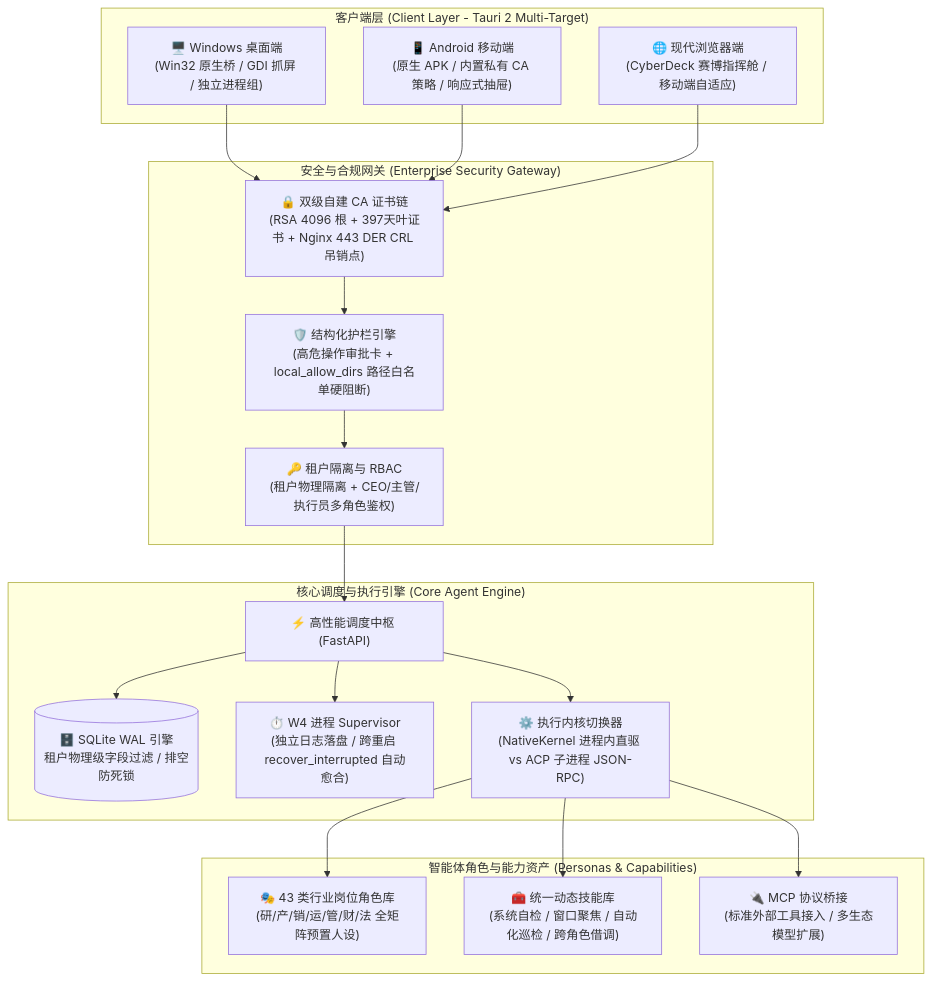
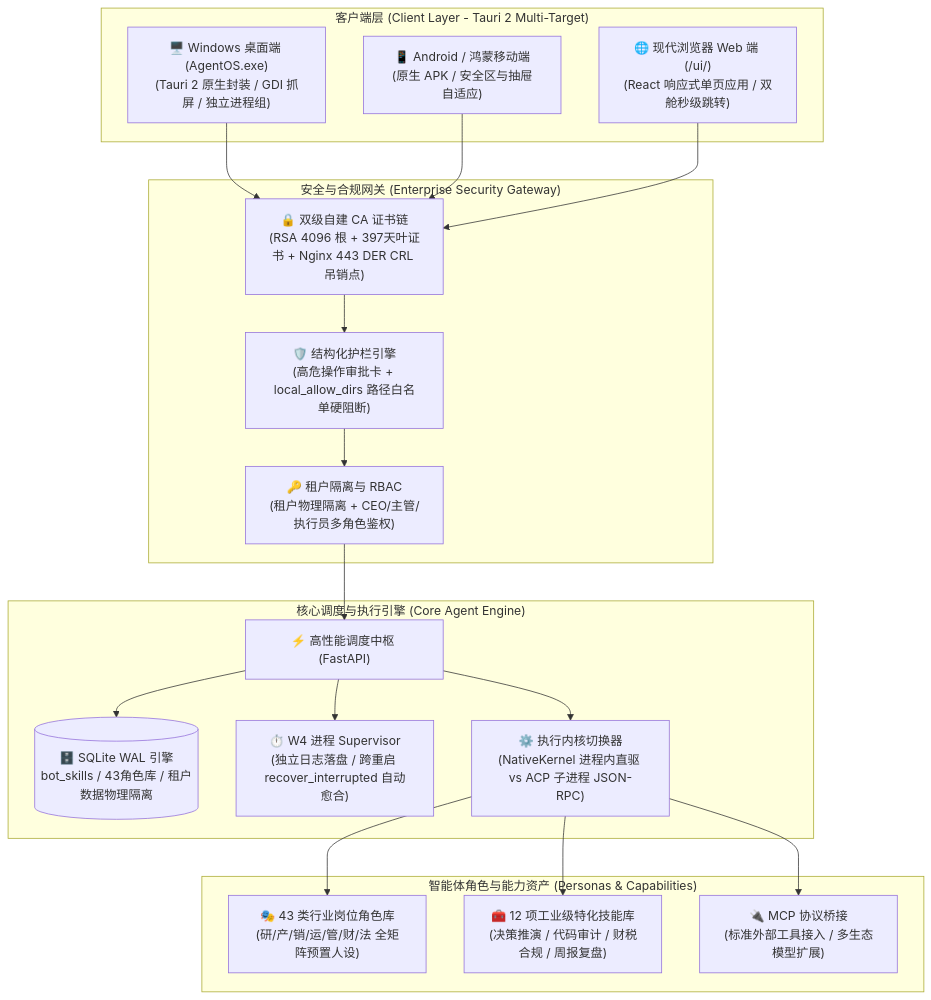
Before and after one commit to julingwu/agent-OS: the second of 2 diagrams in README.md, drawn with Mermaid. The commit also changed other lines of this file and 12 other files, not shown here.

````diff
--- a/README.md
+++ b/README.md
@@ -97,40 +113,40 @@
 ```mermaid
 flowchart TB
     subgraph ClientLayer ["客户端层 (Client Layer - Tauri 2 Multi-Target)"]
-        WinClient["🖥️ Windows 桌面端<br/>(Win32 原生桥 / GDI 抓屏 / 独立进程组)"]
-        MobileClient["📱 Android 移动端<br/>(原生 APK / 内置私有 CA 策略 / 响应式抽屉)"]
-        WebClient["🌐 现代浏览器端<br/>(CyberDeck 赛博指挥舱 / 移动端自适应)"]
+        WinClient["🖥️ Windows 桌面端 (AgentOS.exe)<br/>(Tauri 2 原生封装 / GDI 抓屏 / 独立进程组)"]
+        WebClient["🌐 现代浏览器 Web 端 (/ui/)<br/>(React 响应式单页应用 / 双舱秒级跳转)"]
+        MobileClient["📱 Android / 鸿蒙移动端<br/>(原生 APK / 安全区与抽屉自适应)"]
     end
 
     subgraph SecurityLayer ["安全与合规网关 (Enterprise Security Gateway)"]
         TLS["🔒 双级自建 CA 证书链<br/>(RSA 4096 根 + 397天叶证书 + Nginx 443 DER CRL 吊销点)"]
         Guardrails["🛡️ 结构化护栏引擎<br/>(高危操作审批卡 + local_allow_dirs 路径白名单硬阻断)"]
         AuthRBAC["🔑 租户隔离与 RBAC<br/>(租户物理隔离 + CEO/主管/执行员多角色鉴权)"]
     end
 
     subgraph CoreEngine ["核心调度与执行引擎 (Core Agent Engine)"]
         FastAPI["⚡ 高性能调度中枢 (FastAPI)"]
-        DB[(🗄️ SQLite WAL 引擎<br/>租户物理级字段过滤 / 排空防死锁)]
+        DB[(🗄️ SQLite WAL 引擎<br/>bot_skills / 43角色库 / 租户数据物理隔离)]
         Supervisor["⏱️ W4 进程 Supervisor<br/>(独立日志落盘 / 跨重启 recover_interrupted 自动愈合)"]
         DualKernel["⚙️ 执行内核切换器<br/>(NativeKernel 进程内直驱 vs ACP 子进程 JSON-RPC)"]
     end
 
     subgraph CapabilityLayer ["智能体角色与能力资产 (Personas & Capabilities)"]
         Roles["🎭 43 类行业岗位角色库<br/>(研/产/销/运/管/财/法 全矩阵预置人设)"]
-        Skills["🧰 统一动态技能库<br/>(系统自检 / 窗口聚焦 / 自动化巡检 / 跨角色借调)"]
+        Skills["🧰 12 项工业级特化技能库<br/>(决策推演 / 代码审计 / 财税合规 / 周报复盘)"]
         MCPBridge["🔌 MCP 协议桥接<br/>(标准外部工具接入 / 多生态模型扩展)"]
     end
 
     WinClient --> TLS
     MobileClient --> TLS
     WebClient --> TLS
     TLS --> Guardrails --> AuthRBAC --> FastAPI
 
     FastAPI --> DB
     FastAPI --> Supervisor
     FastAPI --> DualKernel
 
     DualKernel --> Roles
     DualKernel --> Skills
     DualKernel --> MCPBridge
 ```
````
